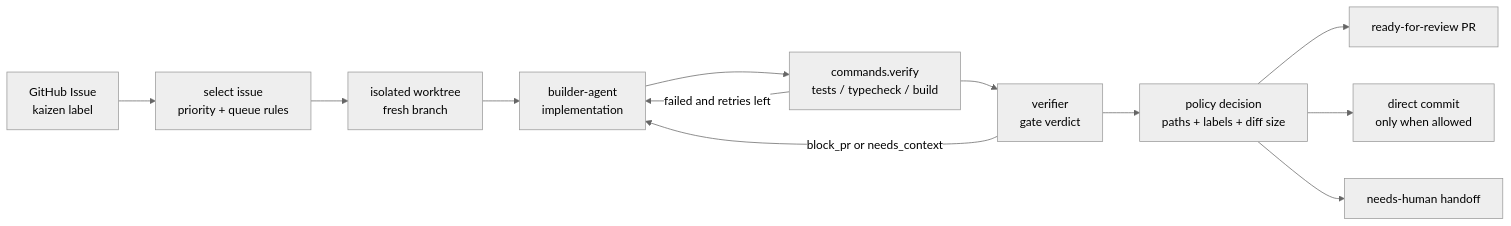
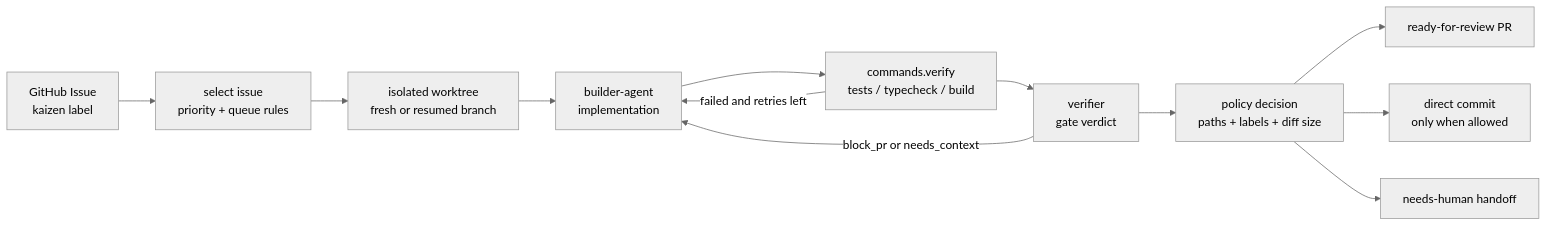
Before and after one commit to kaizen-agents-org/kaizen-loop: the first of 2 diagrams in README.md, drawn with Mermaid (neutral theme). The commit also changed 10 other files, not shown here.

````diff
--- a/README.md
+++ b/README.md
@@ -17,15 +17,15 @@
 ```mermaid
 flowchart LR
     Issue["GitHub Issue<br/>kaizen label"] --> Select["select issue<br/>priority + queue rules"]
-    Select --> Workspace["isolated worktree<br/>fresh branch"]
+    Select --> Workspace["isolated worktree<br/>fresh or resumed branch"]
     Workspace --> Builder["builder-agent<br/>implementation"]
     Builder --> Verify["commands.verify<br/>tests / typecheck / build"]
     Verify --> Gate["verifier<br/>gate verdict"]
     Gate --> Policy["policy decision<br/>paths + labels + diff size"]
     Policy --> PR["ready-for-review PR"]
     Policy --> Direct["direct commit<br/>only when allowed"]
     Policy --> Human["needs-human handoff"]
 
     Verify -->|failed and retries left| Builder
     Gate -->|block_pr or needs_context| Builder
 ```
````
